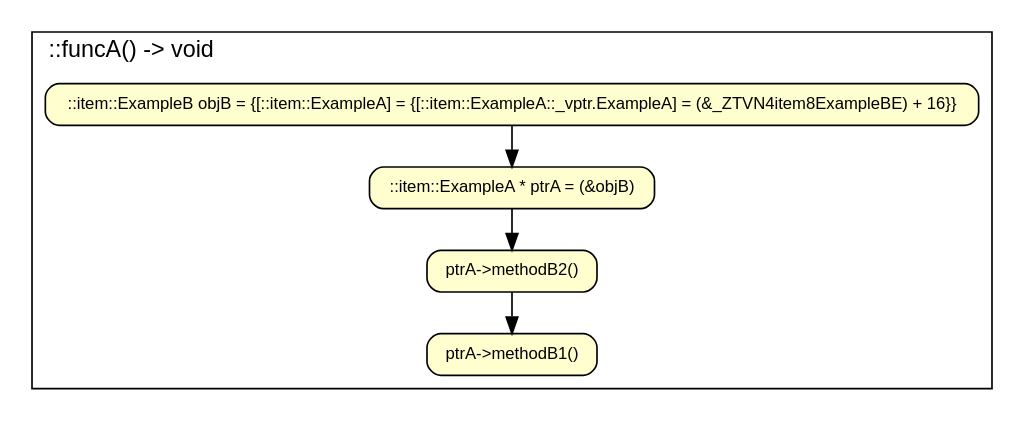
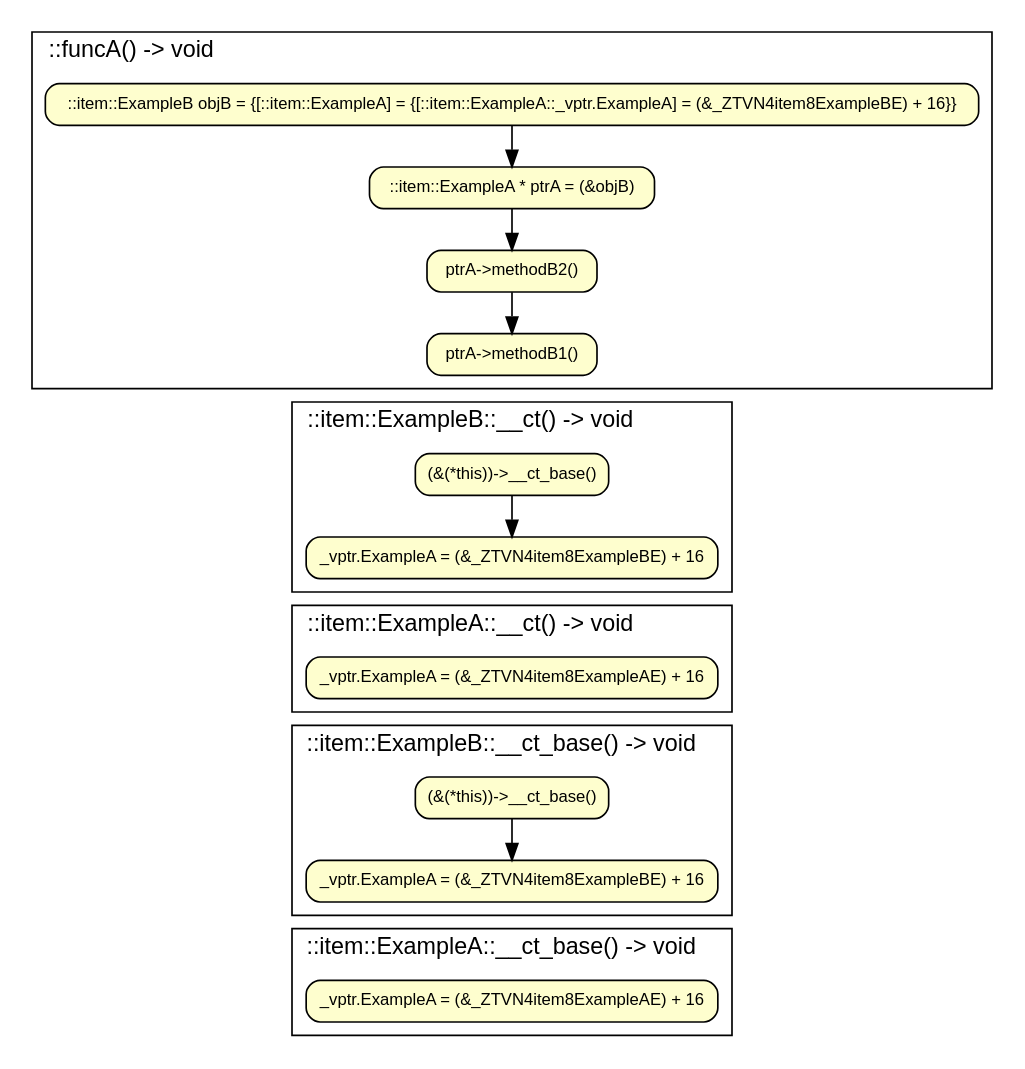
One commit to anetczuk/gcc-uml changed the diagram in examples/ctrlflowgraph/ctrl_ptr.cpp.dot. Above: the diagram before and after it, drawn with Graphviz. The commit also changed 4 other files, not shown here.

```diff
--- a/examples/ctrlflowgraph/ctrl_ptr.cpp.dot
+++ b/examples/ctrlflowgraph/ctrl_ptr.cpp.dot
@@ -1,32 +1,56 @@
 digraph {
 	fontname="SansSerif,sans-serif" labeljust=l nojustify=true ranksep=0.35
 	node [fillcolor="#fefece" fontname="SansSerif,sans-serif" fontsize=10 height=0.35 shape=box style="filled, rounded"]
 	subgraph cluster_item_0 {
 		graph [label="::funcA() -> void"]
 		item_1 [label="::item::ExampleB objB = {[::item::ExampleA] = {[::item::ExampleA::_vptr.ExampleA] = (&_ZTVN4item8ExampleBE) + 16}}"]
 		item_2 [label="::item::ExampleA * ptrA = (&objB)"]
 		item_1 -> item_2
 		item_3 [label="ptrA->methodB2()"]
 		item_2 -> item_3
 		item_4 [label="ptrA->methodB1()"]
 		item_3 -> item_4
 	}
 	subgraph cluster_item_5 {
 		graph [label="::item::ExampleA::methodB1() -> void"]
 	}
 	subgraph cluster_item_6 {
 		graph [label="::item::ExampleB::methodB1() -> void"]
 	}
 	subgraph cluster_item_7 {
 		graph [label="::item::ExampleA::methodB2() -> void"]
 	}
 	subgraph cluster_item_8 {
 		graph [label="::item::ExampleB::methodB2() -> void"]
 	}
 	subgraph cluster_item_9 {
-		graph [label="::item::ExampleB::ExampleB() -> void"]
+		graph [label="::item::ExampleB::__ct() -> void"]
+		item_10 [label="(&(*this))->__ct_base()"]
+		item_11 [label="_vptr.ExampleA = (&_ZTVN4item8ExampleBE) + 16"]
+		item_10 -> item_11
 	}
-	subgraph cluster_item_10 {
-		graph [label="::item::ExampleA::ExampleA() -> void"]
+	item_4 -> item_10 [style=invis]
+	subgraph cluster_item_12 {
+		graph [label="::item::ExampleA::__ct() -> void"]
+		item_13 [label="_vptr.ExampleA = (&_ZTVN4item8ExampleAE) + 16"]
+	}
+	item_11 -> item_13 [style=invis]
+	subgraph cluster_item_14 {
+		graph [label="::item::ExampleB::__ct_base() -> void"]
+		item_15 [label="(&(*this))->__ct_base()"]
+		item_16 [label="_vptr.ExampleA = (&_ZTVN4item8ExampleBE) + 16"]
+		item_15 -> item_16
+	}
+	item_13 -> item_15 [style=invis]
+	subgraph cluster_item_17 {
+		graph [label="::item::ExampleA::__ct_base() -> void"]
+		item_18 [label="_vptr.ExampleA = (&_ZTVN4item8ExampleAE) + 16"]
+	}
+	item_16 -> item_18 [style=invis]
+	subgraph cluster_item_19 {
+		graph [label="::item::ExampleB::__ct_comp() -> void"]
+	}
+	subgraph cluster_item_20 {
+		graph [label="::item::ExampleA::__ct_comp() -> void"]
 	}
 }
```
